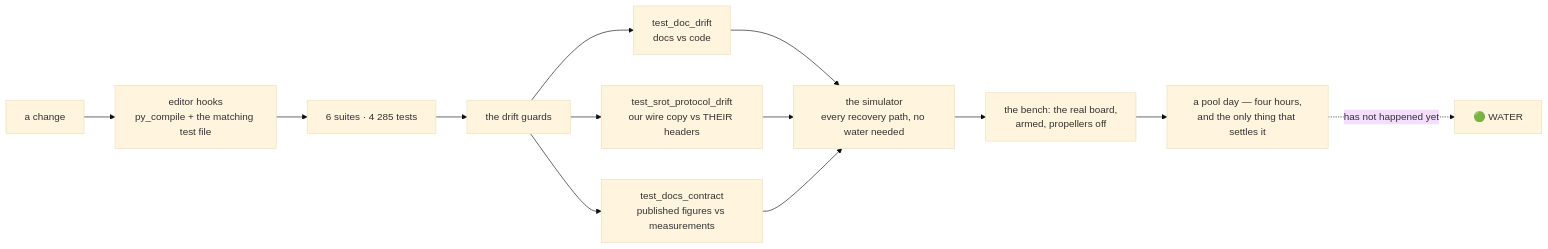
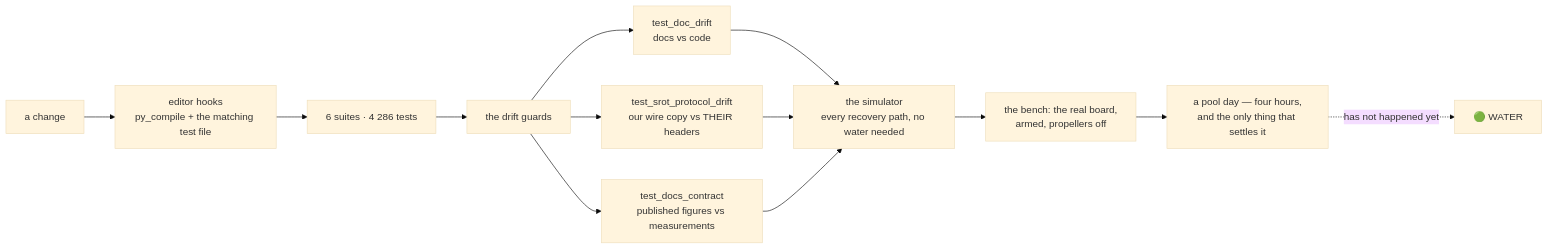
The ninth of 10 diagrams in README.md (fh1m/mongla_ws), drawn with Mermaid (base theme) before and after one commit. The commit also changed other lines of this file and 3 other files, not shown here.

````diff
--- a/README.md
+++ b/README.md
@@ -752,15 +752,15 @@
 ```mermaid
 flowchart LR
     DEV["a change"] --> HOOK["editor hooks<br/>py_compile + the matching test file"]
-    HOOK --> UNIT["6 suites · 4 285 tests"]
+    HOOK --> UNIT["6 suites · 4 286 tests"]
     UNIT --> GUARD["the drift guards"]
     GUARD --> G1["test_doc_drift<br/>docs vs code"]
     GUARD --> G2["test_srot_protocol_drift<br/>our wire copy vs THEIR headers"]
     GUARD --> G3["test_docs_contract<br/>published figures vs measurements"]
     G1 --> SIM["the simulator<br/>every recovery path, no water needed"]
     G2 --> SIM
     G3 --> SIM
     SIM --> BENCH["the bench: the real board,<br/>armed, propellers off"]
     BENCH --> POOL["a pool day — four hours,<br/>and the only thing that settles it"]
     POOL -.->|"has not happened yet"| WATER["🟢 WATER"]
 ```
````
